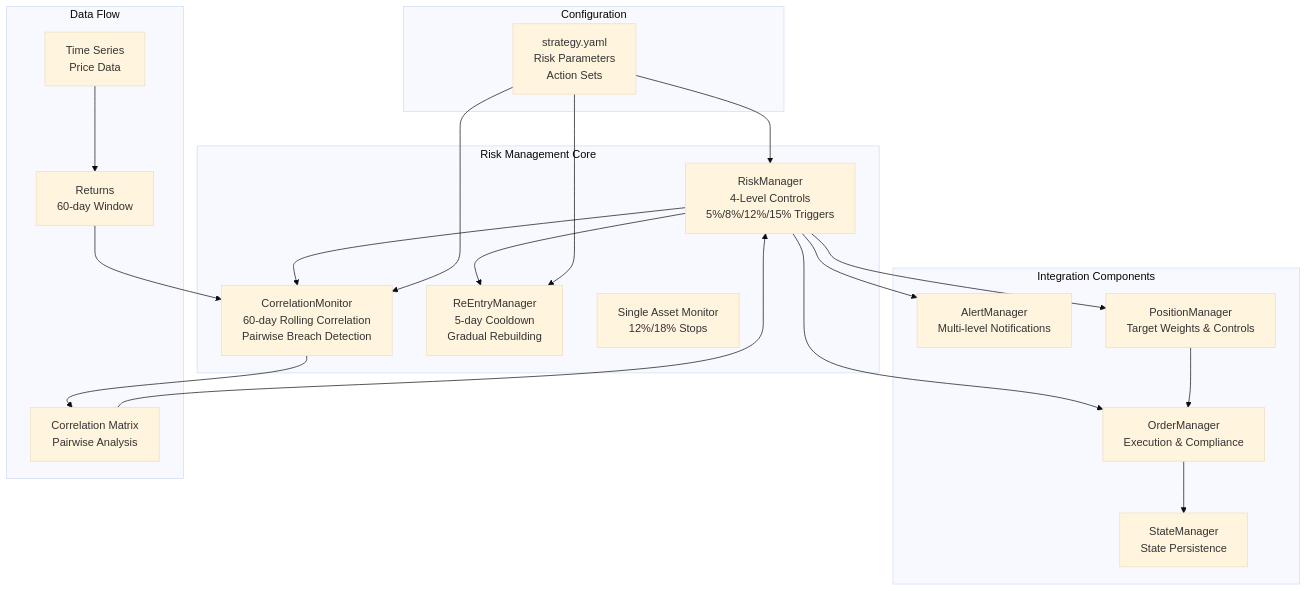
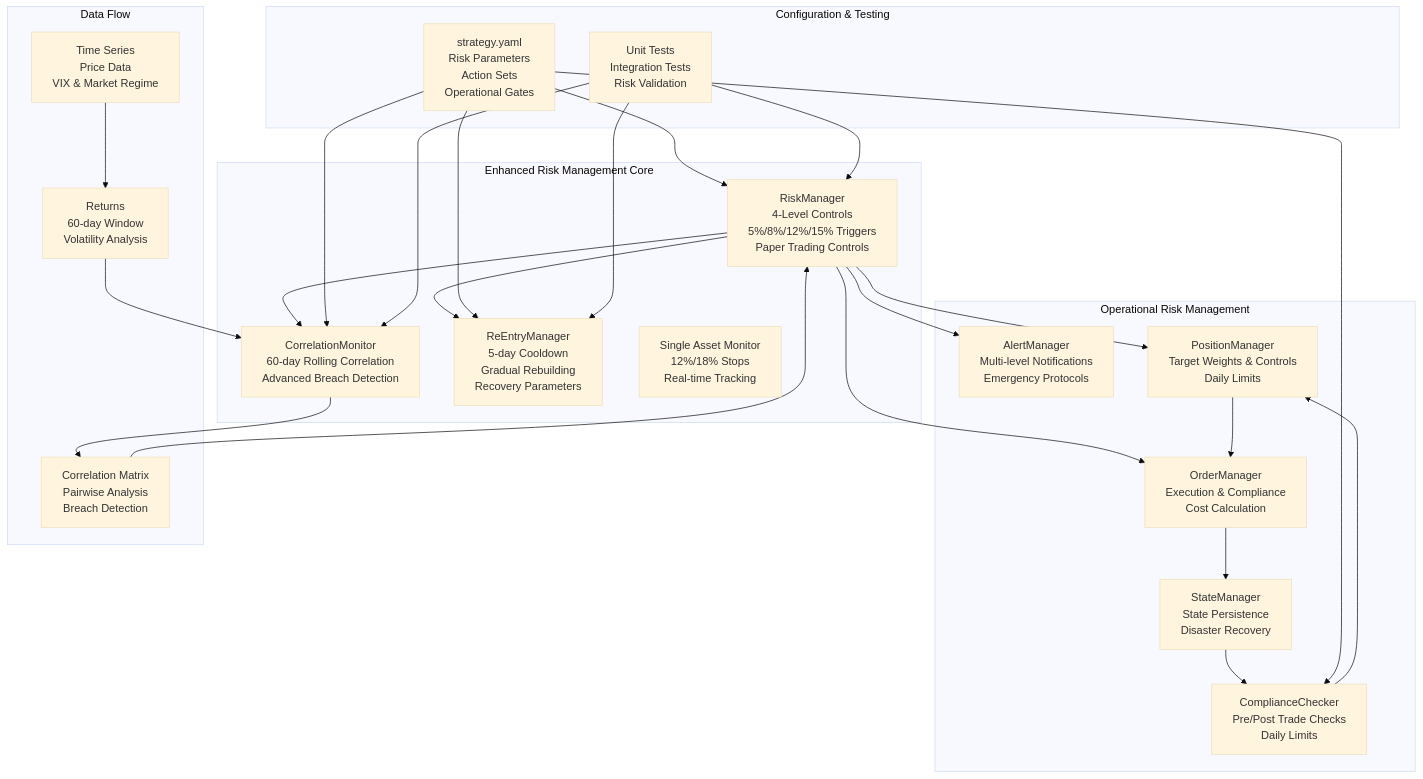
The first of 8 diagrams in .qoder/repowiki/en/content/Risk Management System.md (guofeng201507/shark-quant-trader), drawn with Mermaid (base theme) before and after one commit. The commit also changed other lines of this file and 14 other files, not shown here.

````diff
--- a/.qoder/repowiki/en/content/Risk Management System.md
+++ b/.qoder/repowiki/en/content/Risk Management System.md
@@ -45,37 +49,45 @@
 ```mermaid
 graph TB
-subgraph "Risk Management Core"
-RM["RiskManager<br/>4-Level Controls<br/>5%/8%/12%/15% Triggers"]
-CM["CorrelationMonitor<br/>60-day Rolling Correlation<br/>Pairwise Breach Detection"]
-REM["ReEntryManager<br/>5-day Cooldown<br/>Gradual Rebuilding"]
-SAM["Single Asset Monitor<br/>12%/18% Stops"]
+subgraph "Enhanced Risk Management Core"
+RM["RiskManager<br/>4-Level Controls<br/>5%/8%/12%/15% Triggers<br/>Paper Trading Controls"]
+CM["CorrelationMonitor<br/>60-day Rolling Correlation<br/>Advanced Breach Detection"]
+REM["ReEntryManager<br/>5-day Cooldown<br/>Gradual Rebuilding<br/>Recovery Parameters"]
+SAM["Single Asset Monitor<br/>12%/18% Stops<br/>Real-time Tracking"]
 end
-subgraph "Integration Components"
-AM["AlertManager<br/>Multi-level Notifications"]
-PM["PositionManager<br/>Target Weights & Controls"]
-OM["OrderManager<br/>Execution & Compliance"]
-SM["StateManager<br/>State Persistence"]
+subgraph "Operational Risk Management"
+AM["AlertManager<br/>Multi-level Notifications<br/>Emergency Protocols"]
+PM["PositionManager<br/>Target Weights & Controls<br/>Daily Limits"]
+OM["OrderManager<br/>Execution & Compliance<br/>Cost Calculation"]
+SM["StateManager<br/>State Persistence<br/>Disaster Recovery"]
+CC["ComplianceChecker<br/>Pre/Post Trade Checks<br/>Daily Limits"]
 end
-subgraph "Configuration"
-CFG["strategy.yaml<br/>Risk Parameters<br/>Action Sets"]
+subgraph "Configuration & Testing"
+CFG["strategy.yaml<br/>Risk Parameters<br/>Action Sets<br/>Operational Gates"]
+TEST["Unit Tests<br/>Integration Tests<br/>Risk Validation"]
 end
 subgraph "Data Flow"
-TS["Time Series<br/>Price Data"]
-RET["Returns<br/>60-day Window"]
-CORR["Correlation Matrix<br/>Pairwise Analysis"]
+TS["Time Series<br/>Price Data<br/>VIX & Market Regime"]
+RET["Returns<br/>60-day Window<br/>Volatility Analysis"]
+CORR["Correlation Matrix<br/>Pairwise Analysis<br/>Breach Detection"]
 end
 RM --> AM
 RM --> PM
 RM --> OM
 RM --> CM
 RM --> REM
 CM --> CORR
 CORR --> RM
 PM --> OM
 OM --> SM
+SM --> CC
+CC --> PM
 CFG --> RM
 CFG --> CM
 CFG --> REM
+CFG --> CC
+TEST --> RM
+TEST --> CM
+TEST --> REM
 TS --> RET
 RET --> CM
 ```
````
